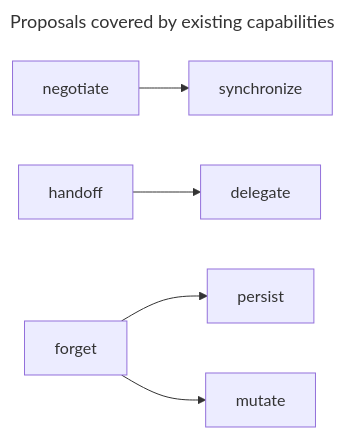
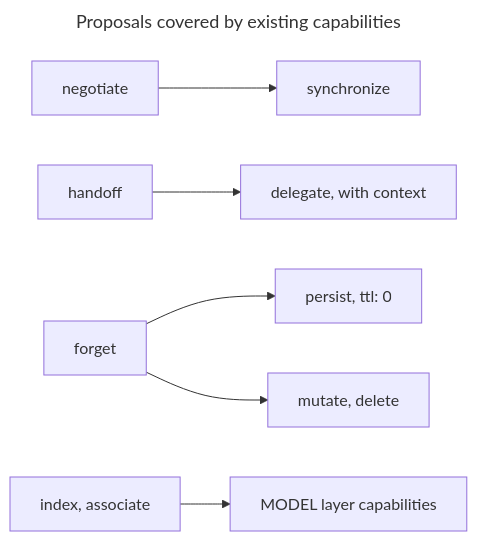
The fourth of 14 diagrams in docs/FAQ.md (synaptiai/agent-capability-standard), drawn with Mermaid before and after one commit. The commit also changed other lines of this file, not shown here.

First line of the commit message:
docs: FAQ diagrams carry the qualifiers their lists state

````diff
--- a/docs/FAQ.md
+++ b/docs/FAQ.md
@@ -113,11 +113,12 @@
 ```mermaid
 ---
 title: Proposals covered by existing capabilities
 ---
 flowchart LR
-  accDescr: Each proposal on the left is covered by the existing capability it points to, as the list above says.
+  accDescr: negotiate is covered by synchronize, handoff by delegate with context, forget by persist with ttl 0 or mutate with delete, and index and associate by the MODEL layer capabilities; observe already exists.
   negotiate["negotiate"] --> synchronize["synchronize"]
-  handoff["handoff"] --> delegate["delegate"]
-  forget["forget"] --> persist["persist"]
-  forget --> mutate["mutate"]
+  handoff["handoff"] --> delegate["delegate, with context"]
+  forget["forget"] --> persist["persist, ttl: 0"]
+  forget --> mutate["mutate, delete"]
+  ia["index, associate"] --> model[MODEL layer capabilities]
 ```
````
